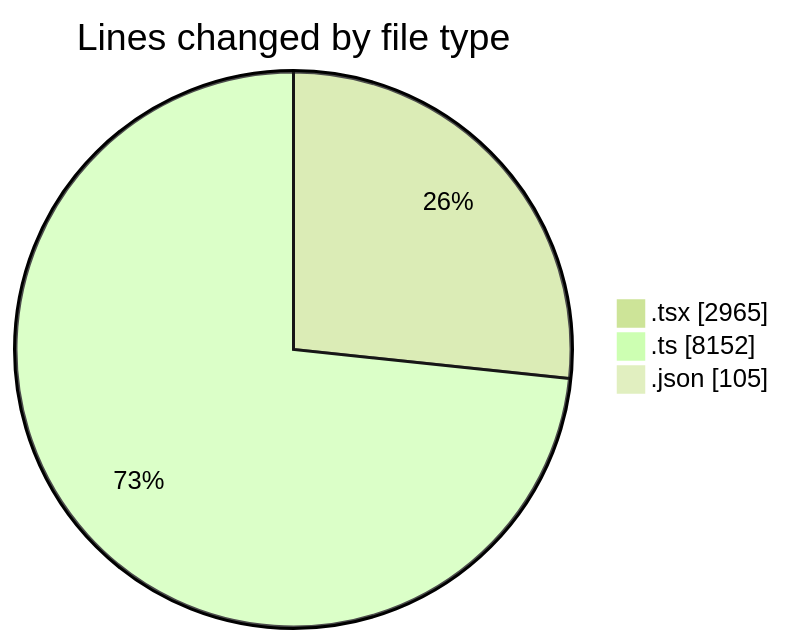
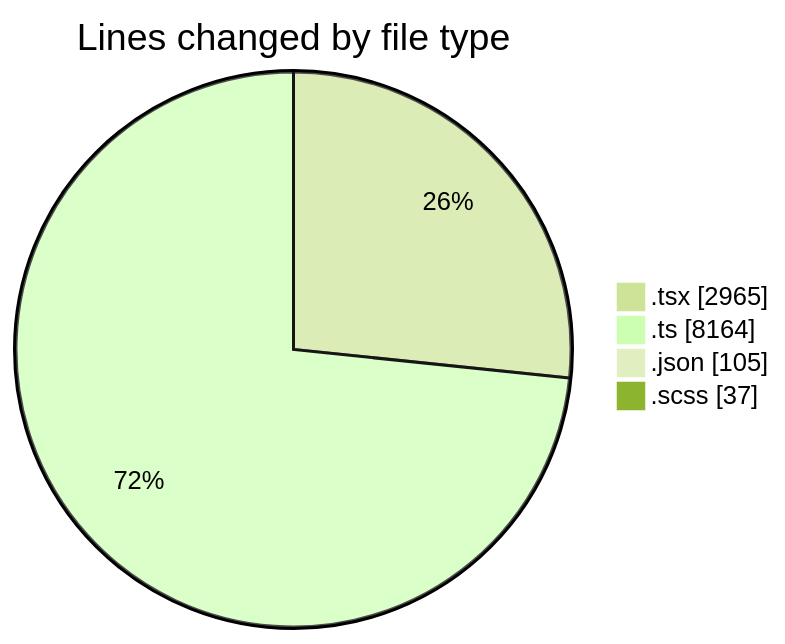
One commit to momahboobian/code-tracking changed the first of 2 diagrams in 2025-07-09/cda/README.md. Above: the diagram before and after it, drawn with Mermaid (forest theme). The commit also changed other lines of this file and 1 other file, not shown here.

````diff
--- a/2025-07-09/cda/README.md
+++ b/2025-07-09/cda/README.md
@@ -32,7 +33,8 @@
 ```mermaid
 pie showData
 title Lines changed by file type
 ".tsx" : 2965
-".ts" : 8152
+".ts" : 8164
 ".json" : 105
+".scss" : 37
 ```
````
